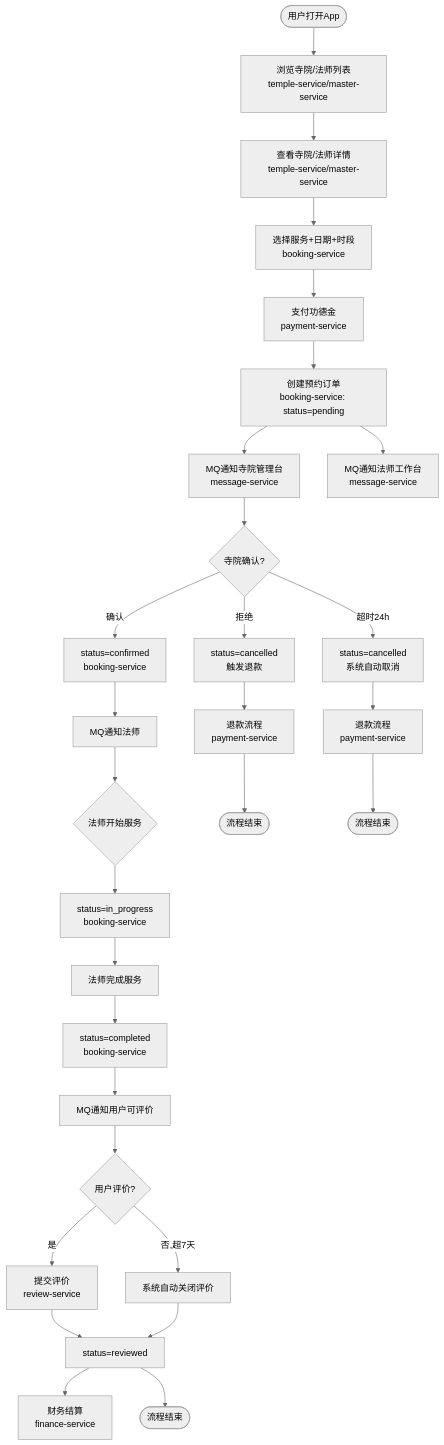
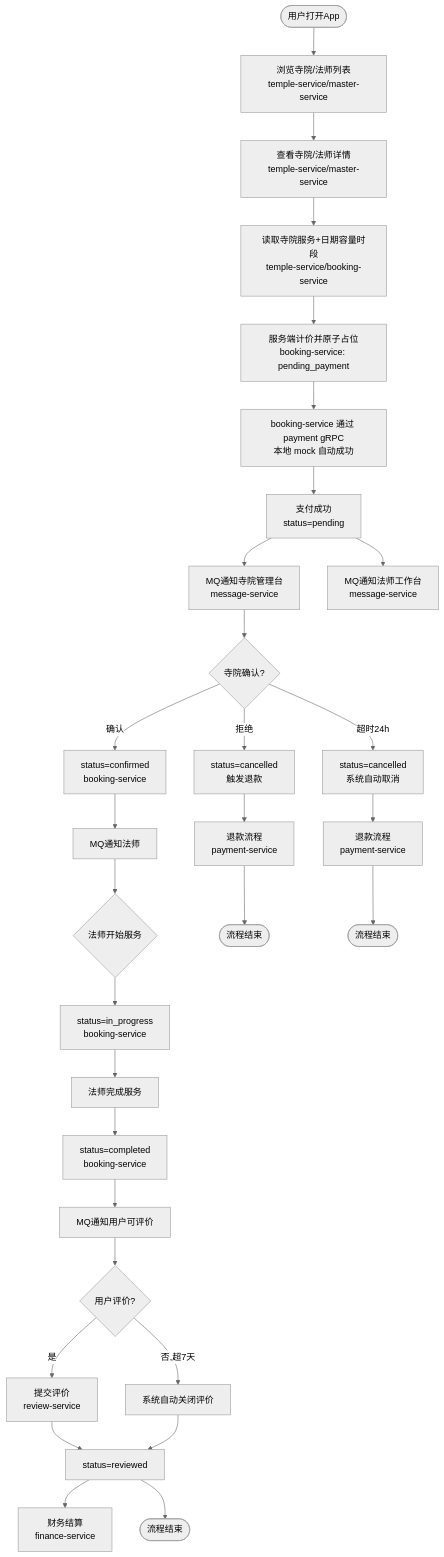
Before and after one commit to askxuan-dongfang/askxuan-docs: the first of 13 diagrams in docs/architecture/业务流程.md, drawn with Mermaid (neutral theme). The commit also changed other lines of this file and 10 other files, not shown here.

Commit message:
docs: align booking payment and grpc contracts

````diff
--- a/docs/architecture/业务流程.md
+++ b/docs/architecture/业务流程.md
@@ -13,36 +13,37 @@
 ```mermaid
 flowchart TD
     Start([用户打开App]) --> Browse[浏览寺院/法师列表<br/>temple-service/master-service]
     Browse --> Detail[查看寺院/法师详情<br/>temple-service/master-service]
-    Detail --> Select[选择服务+日期+时段<br/>booking-service]
-    Select --> Pay[支付功德金<br/>payment-service]
-    Pay --> CreateOrder[创建预约订单<br/>booking-service: status=pending]
-    CreateOrder --> NotifyTemple[MQ通知寺院管理台<br/>message-service]
-    CreateOrder --> NotifyMaster[MQ通知法师工作台<br/>message-service]
+	Detail --> Select[读取寺院服务+日期容量时段<br/>temple-service/booking-service]
+	Select --> CreateOrder[服务端计价并原子占位<br/>booking-service: pending_payment]
+	CreateOrder --> Pay[booking-service 通过 payment gRPC<br/>本地 mock 自动成功]
+	Pay --> Paid[支付成功<br/>status=pending]
+	Paid --> NotifyTemple[MQ通知寺院管理台<br/>message-service]
+	Paid --> NotifyMaster[MQ通知法师工作台<br/>message-service]
 
     NotifyTemple --> TempleConfirm{寺院确认?}
     TempleConfirm -->|确认| StatusConfirmed[status=confirmed<br/>booking-service]
     TempleConfirm -->|拒绝| StatusCancelled1[status=cancelled<br/>触发退款]
     TempleConfirm -->|超时24h| StatusCancelled2[status=cancelled<br/>系统自动取消]
 
     StatusConfirmed --> NotifyMaster2[MQ通知法师]
     NotifyMaster2 --> MasterStart{法师开始服务}
     MasterStart --> StatusInProgress[status=in_progress<br/>booking-service]
     StatusInProgress --> MasterComplete[法师完成服务]
     MasterComplete --> StatusCompleted[status=completed<br/>booking-service]
     StatusCompleted --> NotifyUser2[MQ通知用户可评价]
 
     NotifyUser2 --> UserReview{用户评价?}
     UserReview -->|是| SubmitReview[提交评价<br/>review-service]
     UserReview -->|否,超7天| AutoClose[系统自动关闭评价]
     SubmitReview --> StatusReviewed[status=reviewed]
     AutoClose --> StatusReviewed
 
     StatusReviewed --> Finance[财务结算<br/>finance-service]
     StatusReviewed --> End1([流程结束])
 
     StatusCancelled1 --> Refund1[退款流程<br/>payment-service]
     StatusCancelled2 --> Refund2[退款流程<br/>payment-service]
     Refund1 --> End2([流程结束])
     Refund2 --> End3([流程结束])
 ```
````
